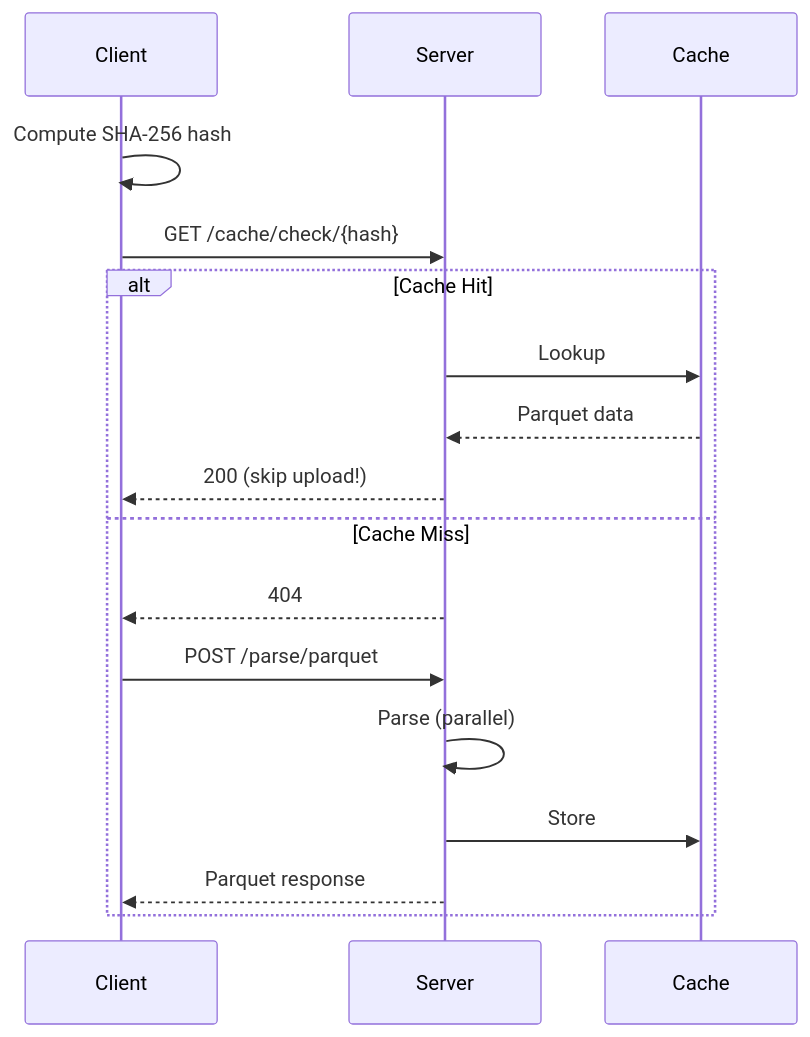
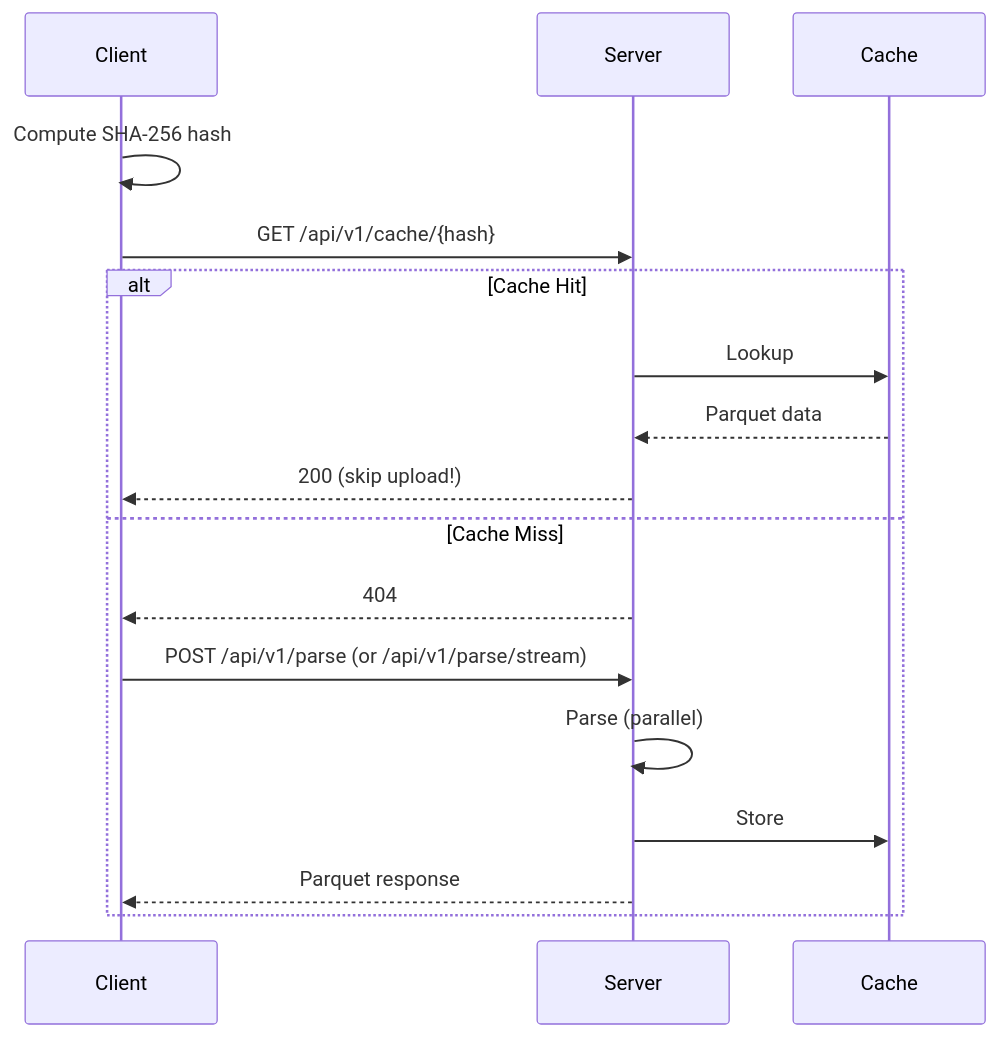
The ninth of 18 diagrams in docs/architecture/overview.md (LTplus-AG/ifc-lite), drawn with Mermaid before and after one commit. The commit also changed other lines of this file and 78 other files, not shown here.

````diff
--- a/docs/architecture/overview.md
+++ b/docs/architecture/overview.md
@@ -298,21 +300,21 @@
 ```mermaid
 sequenceDiagram
     participant Client
     participant Server
     participant Cache
 
     Client->>Client: Compute SHA-256 hash
-    Client->>Server: GET /cache/check/{hash}
+    Client->>Server: GET /api/v1/cache/{hash}
 
     alt Cache Hit
         Server->>Cache: Lookup
         Cache-->>Server: Parquet data
         Server-->>Client: 200 (skip upload!)
     else Cache Miss
         Server-->>Client: 404
-        Client->>Server: POST /parse/parquet
+        Client->>Server: POST /api/v1/parse (or /api/v1/parse/stream)
         Server->>Server: Parse (parallel)
         Server->>Cache: Store
         Server-->>Client: Parquet response
     end
 ```
````
